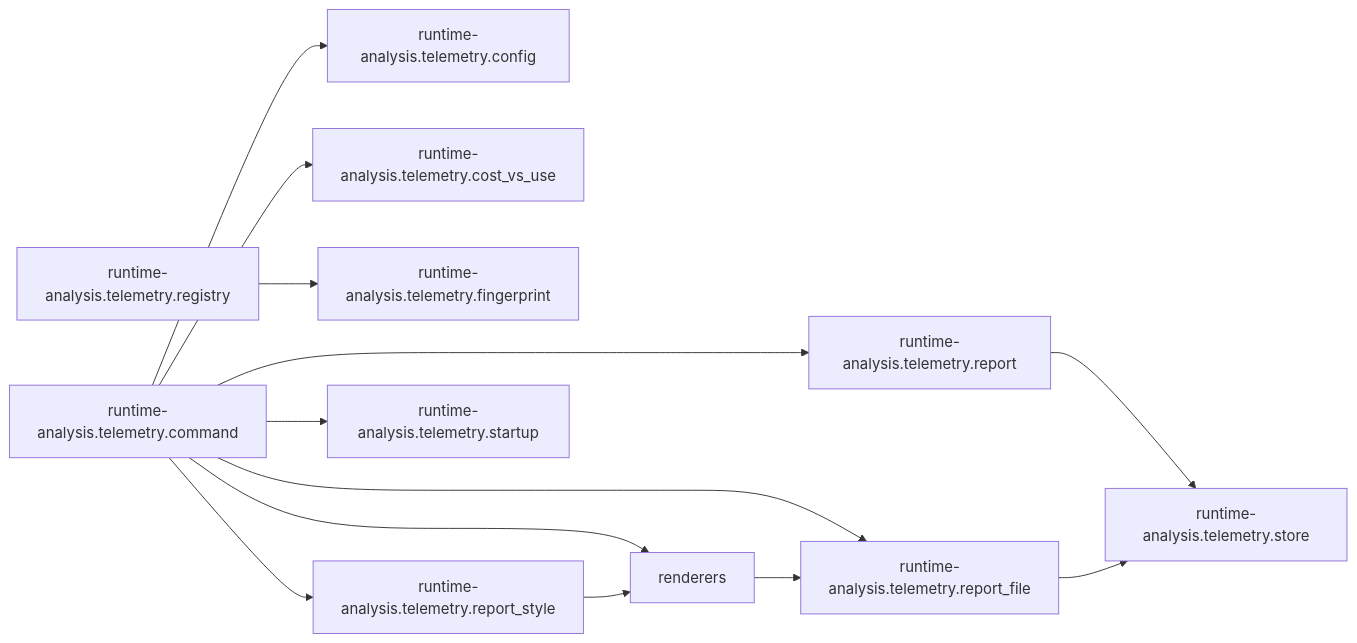
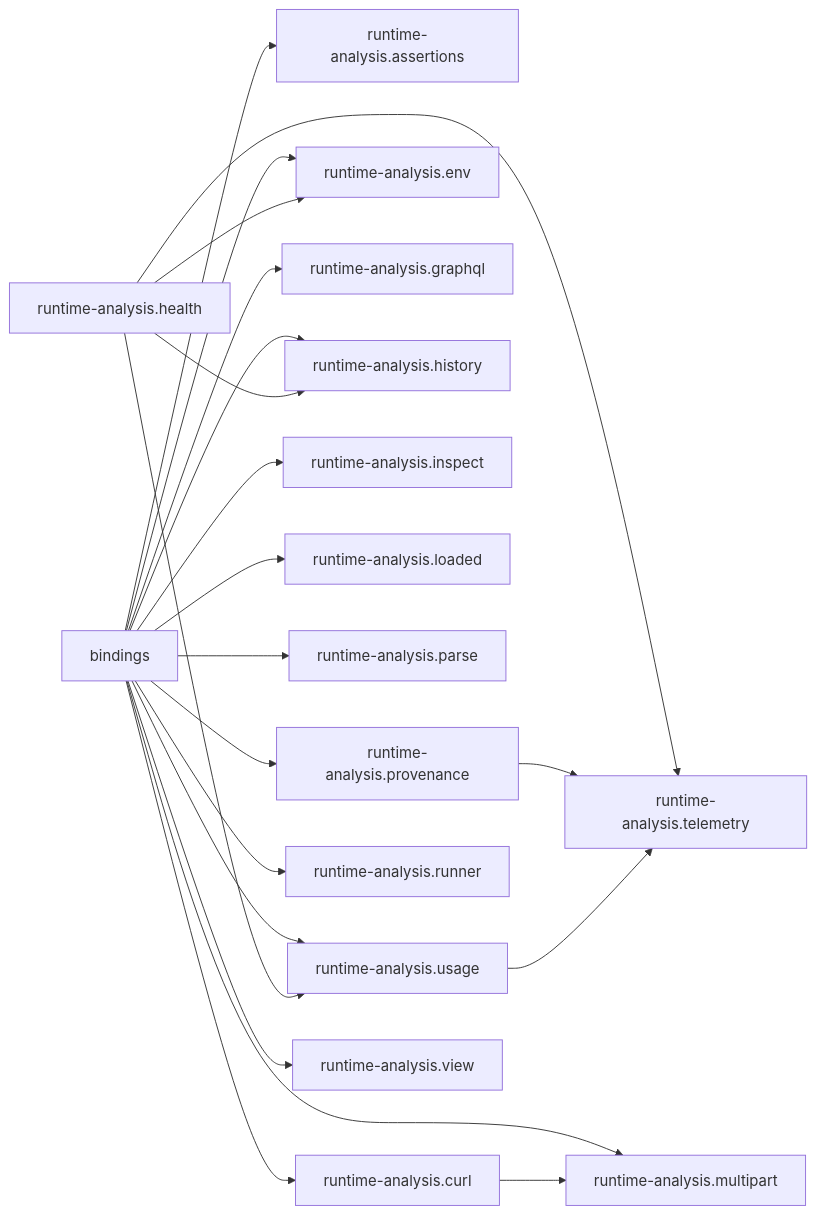
The second of 2 diagrams in docs/map/overview.md (StefanBartl/runtime-analysis.nvim), drawn with Mermaid before and after one commit. The commit also changed other lines of this file and 5 other files, not shown here.

````diff
--- a/docs/map/overview.md
+++ b/docs/map/overview.md
@@ -34,26 +34,39 @@
 ```mermaid
 flowchart LR
-  nlua_runtime_analysis_telemetry_command_lua["runtime-analysis.telemetry.command"]
-  nlua_runtime_analysis_telemetry_config_lua["runtime-analysis.telemetry.config"]
-  nlua_runtime_analysis_telemetry_cost_vs_use_lua["runtime-analysis.telemetry.cost_vs_use"]
-  nlua_runtime_analysis_telemetry_fingerprint_lua["runtime-analysis.telemetry.fingerprint"]
-  nlua_runtime_analysis_telemetry_registry_lua["runtime-analysis.telemetry.registry"]
-  nlua_runtime_analysis_telemetry_renderers["renderers"]
-  nlua_runtime_analysis_telemetry_report_lua["runtime-analysis.telemetry.report"]
-  nlua_runtime_analysis_telemetry_report_file_lua["runtime-analysis.telemetry.report_file"]
-  nlua_runtime_analysis_telemetry_report_style_lua["runtime-analysis.telemetry.report_style"]
-  nlua_runtime_analysis_telemetry_startup_lua["runtime-analysis.telemetry.startup"]
-  nlua_runtime_analysis_telemetry_store_lua["runtime-analysis.telemetry.store"]
-  nlua_runtime_analysis_telemetry_command_lua --> nlua_runtime_analysis_telemetry_config_lua
-  nlua_runtime_analysis_telemetry_command_lua --> nlua_runtime_analysis_telemetry_cost_vs_use_lua
-  nlua_runtime_analysis_telemetry_command_lua --> nlua_runtime_analysis_telemetry_renderers
-  nlua_runtime_analysis_telemetry_command_lua --> nlua_runtime_analysis_telemetry_report_lua
-  nlua_runtime_analysis_telemetry_command_lua --> nlua_runtime_analysis_telemetry_report_file_lua
-  nlua_runtime_analysis_telemetry_command_lua --> nlua_runtime_analysis_telemetry_report_style_lua
-  nlua_runtime_analysis_telemetry_command_lua --> nlua_runtime_analysis_telemetry_startup_lua
-  nlua_runtime_analysis_telemetry_registry_lua --> nlua_runtime_analysis_telemetry_fingerprint_lua
-  nlua_runtime_analysis_telemetry_renderers --> nlua_runtime_analysis_telemetry_report_file_lua
-  nlua_runtime_analysis_telemetry_report_lua --> nlua_runtime_analysis_telemetry_store_lua
-  nlua_runtime_analysis_telemetry_report_file_lua --> nlua_runtime_analysis_telemetry_store_lua
-  nlua_runtime_analysis_telemetry_report_style_lua --> nlua_runtime_analysis_telemetry_renderers
+  nlua_runtime_analysis_assertions_lua["runtime-analysis.assertions"]
+  nlua_runtime_analysis_bindings["bindings"]
+  nlua_runtime_analysis_curl_lua["runtime-analysis.curl"]
+  nlua_runtime_analysis_env_lua["runtime-analysis.env"]
+  nlua_runtime_analysis_graphql_lua["runtime-analysis.graphql"]
+  nlua_runtime_analysis_health_lua["runtime-analysis.health"]
+  nlua_runtime_analysis_history_lua["runtime-analysis.history"]
+  nlua_runtime_analysis_inspect_lua["runtime-analysis.inspect"]
+  nlua_runtime_analysis_loaded_lua["runtime-analysis.loaded"]
+  nlua_runtime_analysis_multipart_lua["runtime-analysis.multipart"]
+  nlua_runtime_analysis_parse_lua["runtime-analysis.parse"]
+  nlua_runtime_analysis_provenance_lua["runtime-analysis.provenance"]
+  nlua_runtime_analysis_runner_lua["runtime-analysis.runner"]
+  nlua_runtime_analysis_telemetry["runtime-analysis.telemetry"]
+  nlua_runtime_analysis_usage_lua["runtime-analysis.usage"]
+  nlua_runtime_analysis_view_lua["runtime-analysis.view"]
+  nlua_runtime_analysis_bindings --> nlua_runtime_analysis_assertions_lua
+  nlua_runtime_analysis_bindings --> nlua_runtime_analysis_curl_lua
+  nlua_runtime_analysis_bindings --> nlua_runtime_analysis_env_lua
+  nlua_runtime_analysis_bindings --> nlua_runtime_analysis_graphql_lua
+  nlua_runtime_analysis_bindings --> nlua_runtime_analysis_history_lua
+  nlua_runtime_analysis_bindings --> nlua_runtime_analysis_inspect_lua
+  nlua_runtime_analysis_bindings --> nlua_runtime_analysis_loaded_lua
+  nlua_runtime_analysis_bindings --> nlua_runtime_analysis_multipart_lua
+  nlua_runtime_analysis_bindings --> nlua_runtime_analysis_parse_lua
+  nlua_runtime_analysis_bindings --> nlua_runtime_analysis_provenance_lua
+  nlua_runtime_analysis_bindings --> nlua_runtime_analysis_runner_lua
+  nlua_runtime_analysis_bindings --> nlua_runtime_analysis_usage_lua
+  nlua_runtime_analysis_bindings --> nlua_runtime_analysis_view_lua
+  nlua_runtime_analysis_curl_lua --> nlua_runtime_analysis_multipart_lua
+  nlua_runtime_analysis_health_lua --> nlua_runtime_analysis_env_lua
+  nlua_runtime_analysis_health_lua --> nlua_runtime_analysis_history_lua
+  nlua_runtime_analysis_health_lua --> nlua_runtime_analysis_telemetry
+  nlua_runtime_analysis_health_lua --> nlua_runtime_analysis_usage_lua
+  nlua_runtime_analysis_provenance_lua --> nlua_runtime_analysis_telemetry
+  nlua_runtime_analysis_usage_lua --> nlua_runtime_analysis_telemetry
 ```
````
